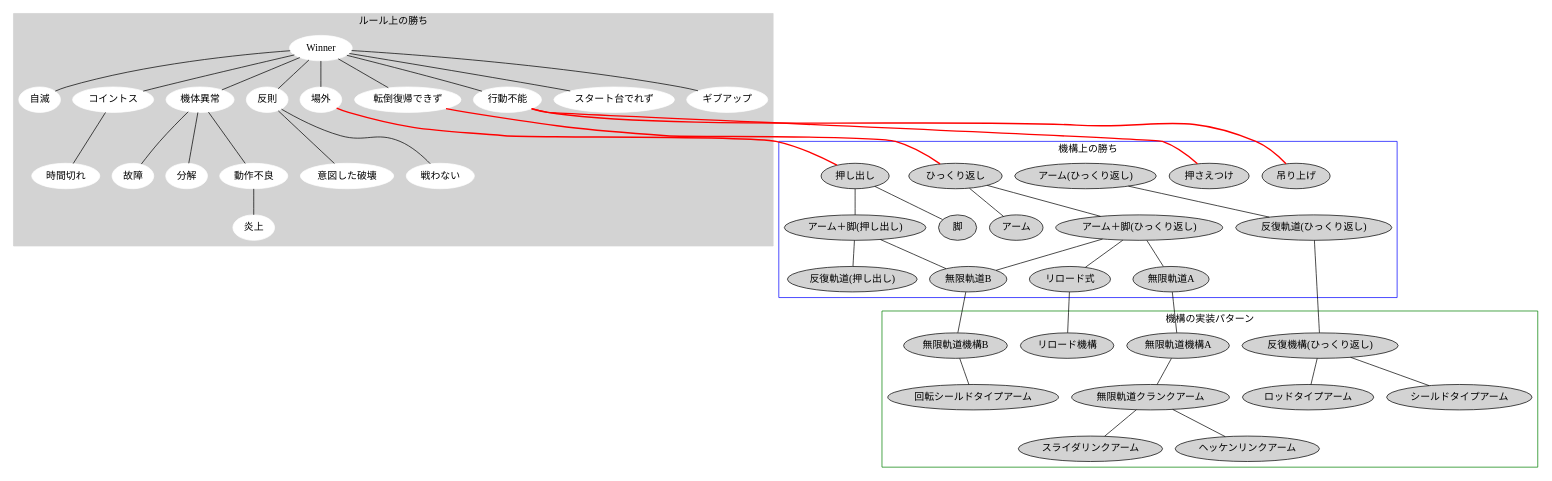
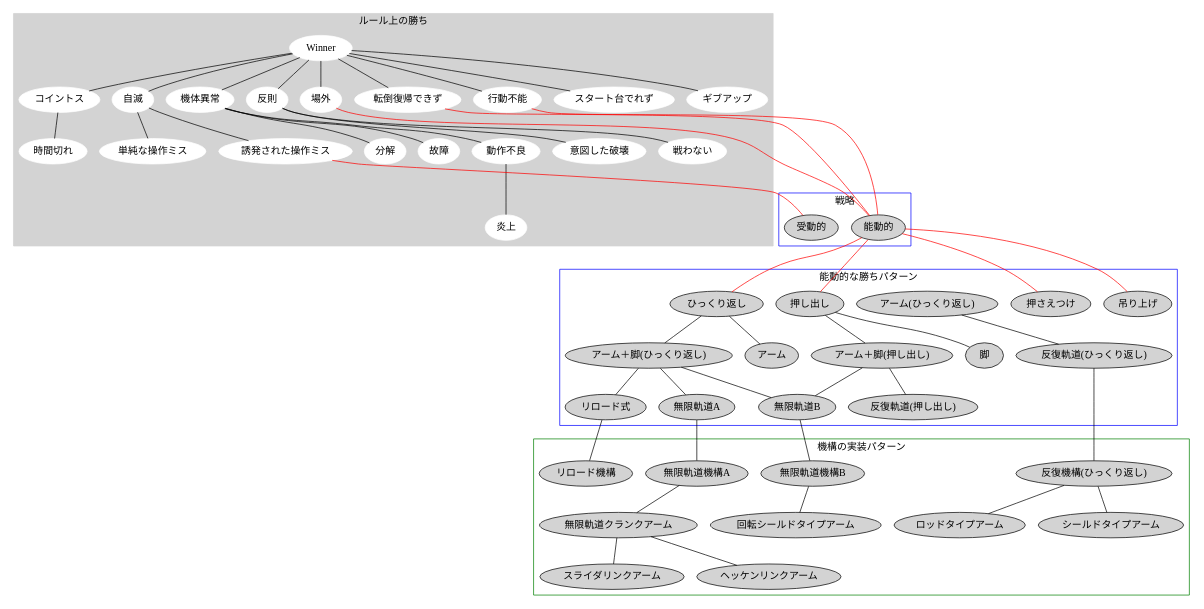
The diagram in kasawaki-win-category.dot (takarakasai/kawasaki-analyze), drawn with Graphviz before and after one commit. The commit also changed 1 other file, not shown here.

```diff
--- a/kasawaki-win-category.dot
+++ b/kasawaki-win-category.dot
@@ -1,66 +1,79 @@
 graph "Kawasaki-Robot-Win-Pattern" {
   subgraph "cluster_0" {
     style="filled";
     color="lightgrey";
     label="ルール上の勝ち";
     node[style="filled",color="white"];
     Winner -- 自滅;
     Winner -- 場外;
     Winner -- 転倒復帰できず;
     Winner -- コイントス;
     Winner -- 行動不能;
     Winner -- 機体異常;
     Winner -- 反則;
     Winner -- スタート台でれず;
     Winner -- ギブアップ;
     反則 -- 意図した破壊;
     反則 -- 戦わない;
     機体異常 -- 動作不良;
     機体異常 -- 故障;
     機体異常 -- 分解;
     動作不良 -- 炎上;
     コイントス -- 時間切れ;
+    自滅     -- 単純な操作ミス;
+    自滅     -- 誘発された操作ミス;
   }
 
   subgraph "cluster_1" {
     color="blue";
-    label="機構上の勝ち";
+    label="戦略";
+    node[style="filled"];
+
+    誘発された操作ミス -- 受動的[color=red,label="     "];
+    転倒復帰できず     -- 能動的[color=red,label="     "];
+    場外               -- 能動的[color=red,label="     "];
+    行動不能           -- 能動的[color=red,label="     "];
+  }
+
+  subgraph "cluster_2" {
+    color="blue";
+    label="能動的な勝ちパターン";
     node[style="filled"];
  
-    転倒復帰できず -- ひっくり返し[color=red,style=bold,label="     "];
-    場外 -- 押し出し[color=red,style=bold,label="     "];
-    行動不能 -- 押さえつけ[color=red,style=bold,label="     "];
-    行動不能 -- 吊り上げ[color=red,style=bold,label="     "];
+    能動的 -- ひっくり返し[color=red,label="     "];
+    能動的 -- 押し出し[color=red,label="     "];
+    能動的 -- 押さえつけ[color=red,label="     "];
+    能動的 -- 吊り上げ[color=red,label="     "];
 
     押し出し     -- 脚
     押し出し     -- "アーム＋脚(押し出し)"
     ひっくり返し -- アーム
     ひっくり返し -- "アーム＋脚(ひっくり返し)"
 
     "アーム＋脚(ひっくり返し)" -- リロード式;
     "アーム(ひっくり返し)"     -- "反復軌道(ひっくり返し)";
     "アーム＋脚(ひっくり返し)" -- 無限軌道A;
     "アーム＋脚(ひっくり返し)" -- 無限軌道B;
     "アーム＋脚(押し出し)"     -- 無限軌道B;
     "アーム＋脚(押し出し)"     -- "反復軌道(押し出し)";
   }
 
-  subgraph "cluster_2" {
+  subgraph "cluster_3" {
     color="green";
     label="機構の実装パターン";
     node[style="filled"];
 
     リロード式                  -- リロード機構;
     "反復軌道(ひっくり返し)"    -- "反復機構(ひっくり返し)";
     無限軌道A                   -- 無限軌道機構A;
     無限軌道B                   -- 無限軌道機構B;
 
     "反復機構(ひっくり返し)"    -- ロッドタイプアーム;
     "反復機構(ひっくり返し)"    -- シールドタイプアーム;
     無限軌道機構A               -- 無限軌道クランクアーム;
     無限軌道機構B               -- 回転シールドタイプアーム;
 
     無限軌道クランクアーム    -- スライダリンクアーム;
     無限軌道クランクアーム    -- ヘッケンリンクアーム;
   } 
 }
```
